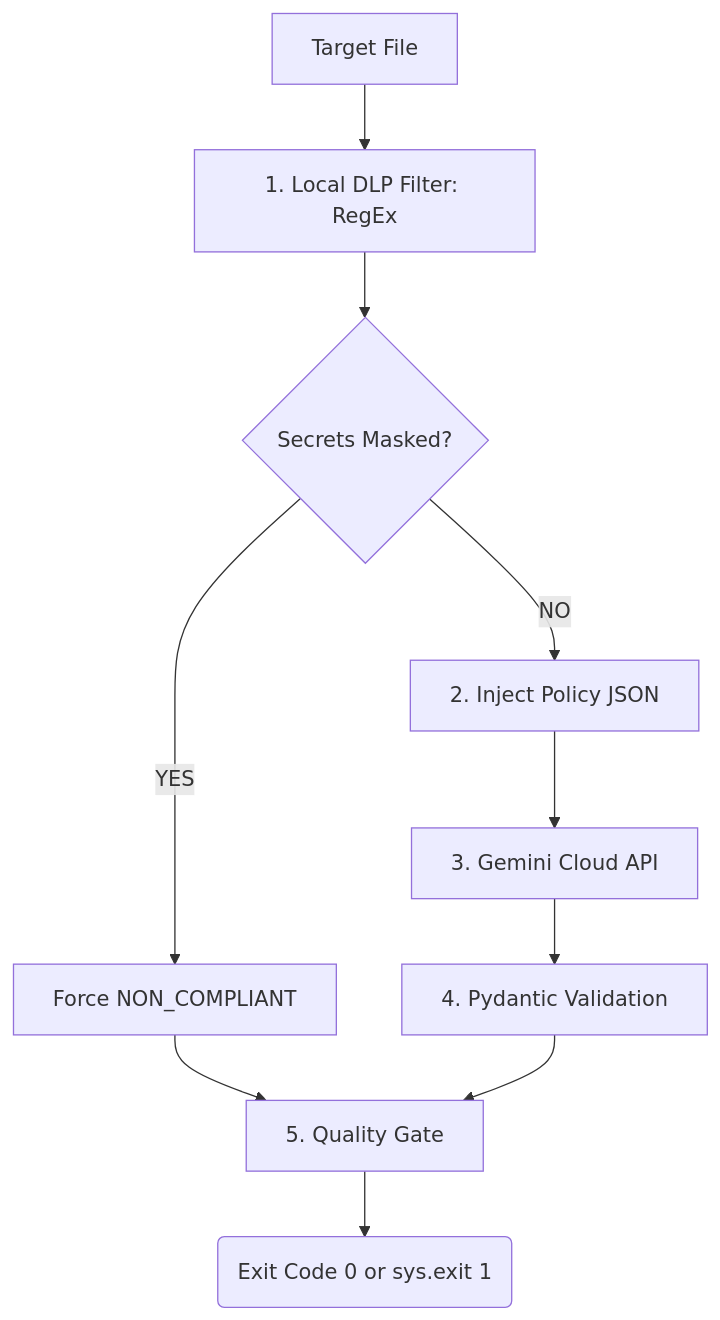
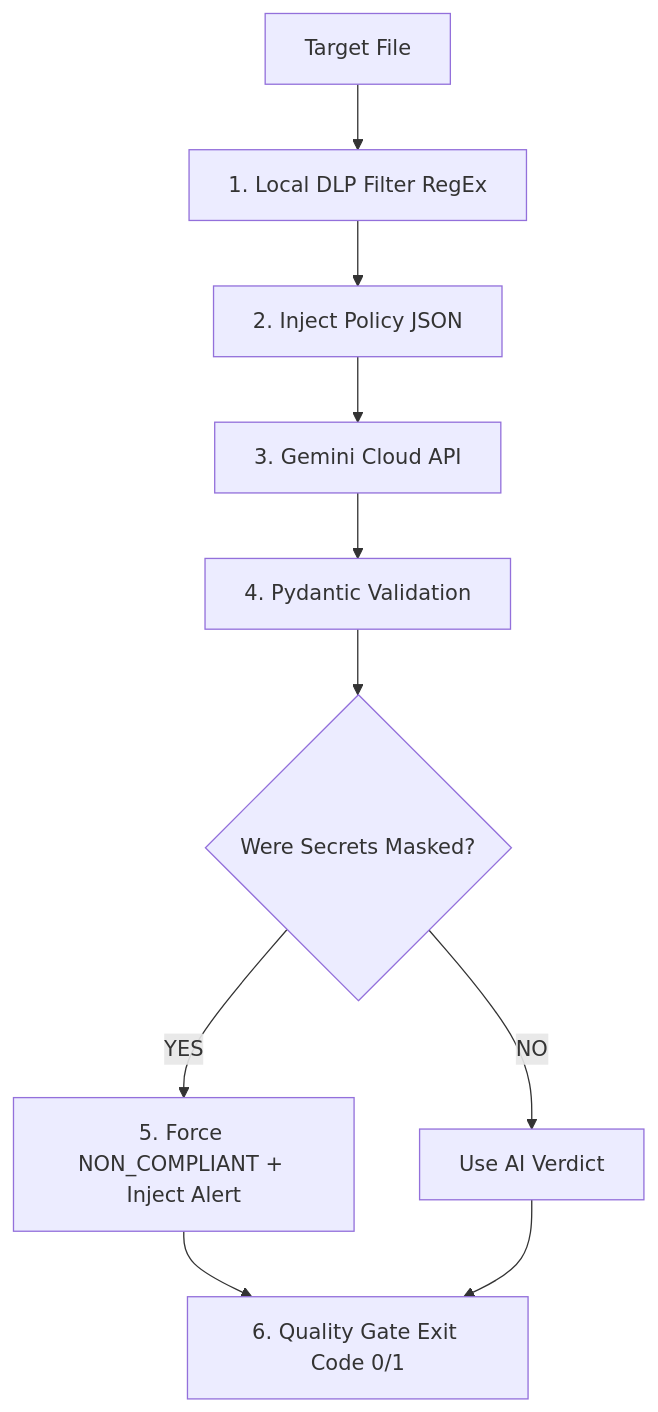
One commit to Bronski05/ai-security-pipeline-guard changed the diagram in README.md. Above: the diagram before and after it, drawn with Mermaid. The commit also changed other lines of this file, not shown here.

````diff
--- a/README.md
+++ b/README.md
@@ -8,16 +8,14 @@
 ```mermaid
-flowchart TD
-    A[Target File] --> B[1. Local DLP Filter: RegEx]
-    B --> C{Secrets Masked?}
+graph TD
+    A[Target File] --> B[1. Local DLP Filter RegEx]
+    B --> C[2. Inject Policy JSON]
+    C --> D[3. Gemini Cloud API]
+    D --> E[4. Pydantic Validation]
+    E --> F{Were Secrets Masked?}
     
-    C -- YES --> D[Force NON_COMPLIANT]
-    C -- NO --> E[2. Inject Policy JSON]
+    F -- YES --> G[5. Force NON_COMPLIANT + Inject Alert]
+    F -- NO --> H[Use AI Verdict]
     
-    E --> F[3. Gemini Cloud API]
-    F --> G[4. Pydantic Validation]
-    
-    D --> H[5. Quality Gate]
-    G --> H
-    
-    H --> I(Exit Code 0 or sys.exit 1)
+    G --> I[6. Quality Gate Exit Code 0/1]
+    H --> I
 ```
````
